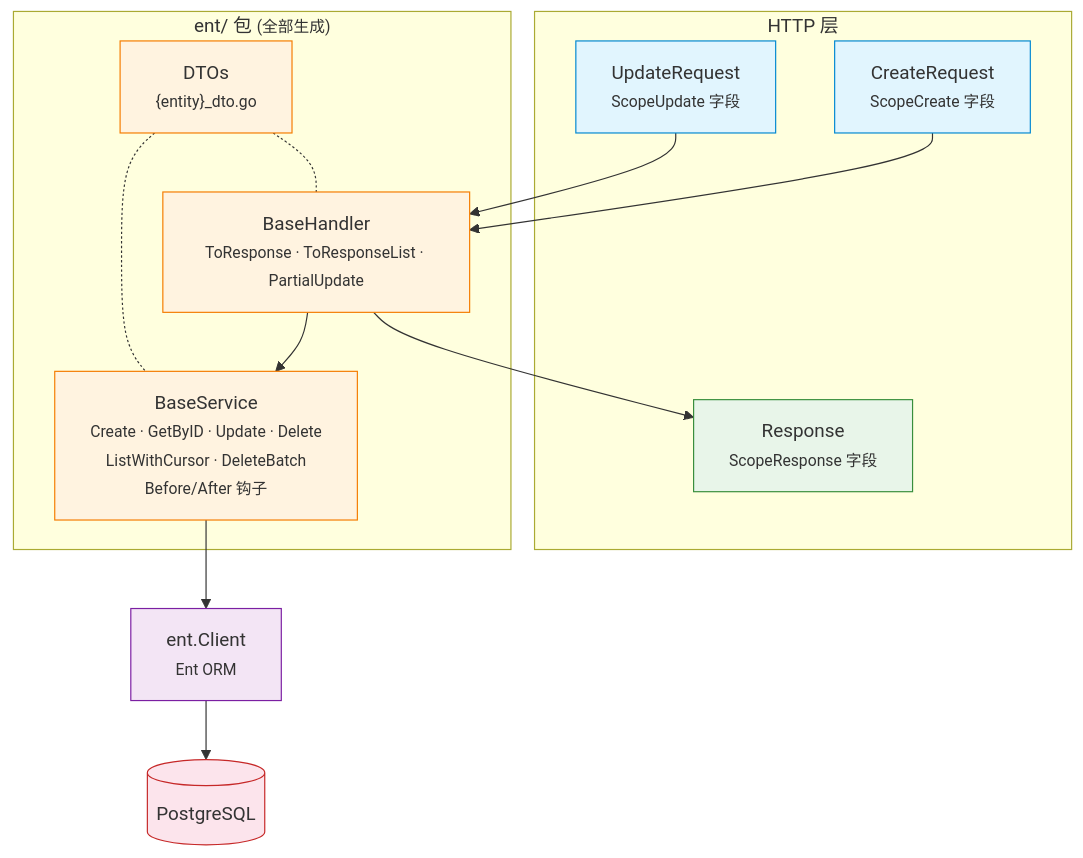
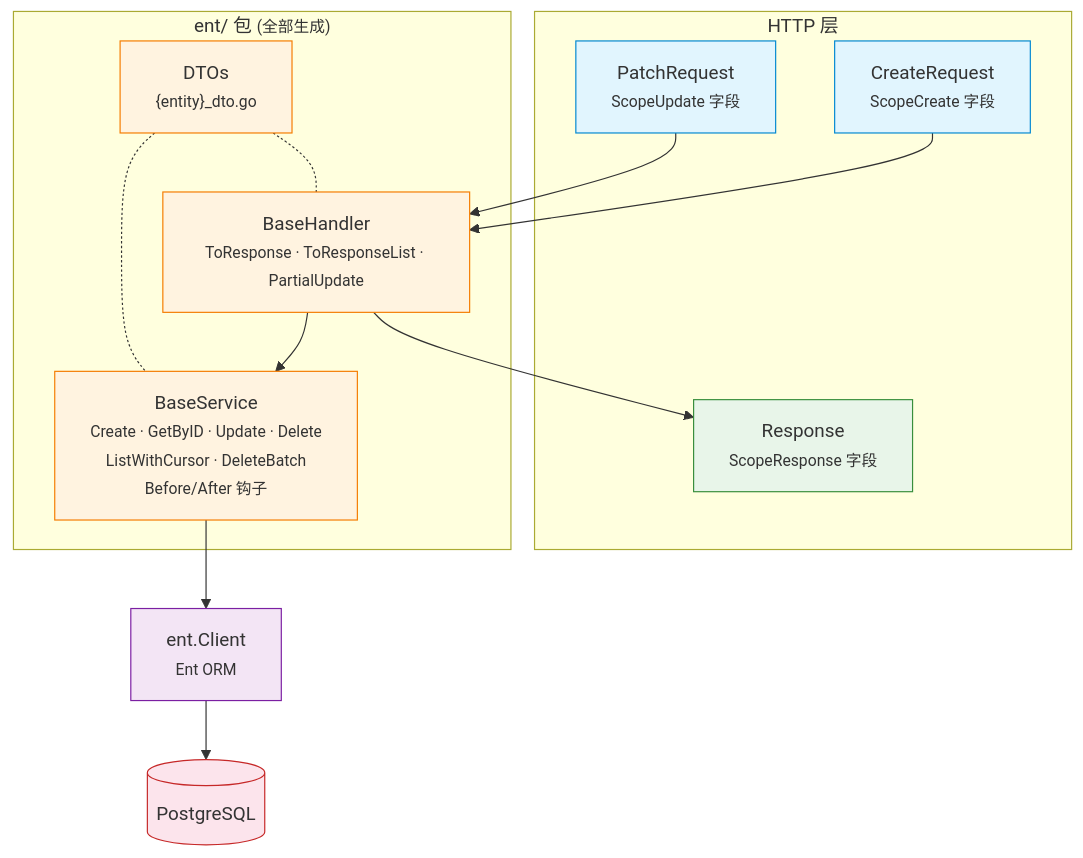
The diagram in README_zh.md (githonllc/entapi), drawn with Mermaid before and after one commit. The commit also changed other lines of this file and 49 other files, not shown here.

````diff
--- a/README_zh.md
+++ b/README_zh.md
@@ -383,35 +384,35 @@
 ```mermaid
 graph TD
     subgraph "HTTP 层"
         CR["CreateRequest<br/><small>ScopeCreate 字段</small>"]
-        UR["UpdateRequest<br/><small>ScopeUpdate 字段</small>"]
+        UR["PatchRequest<br/><small>ScopeUpdate 字段</small>"]
         RS["Response<br/><small>ScopeResponse 字段</small>"]
     end
 
     subgraph "ent/ 包 <small>(全部生成)</small>"
         BH["BaseHandler<br/><small>ToResponse · ToResponseList · PartialUpdate</small>"]
         BS["BaseService<br/><small>Create · GetByID · Update · Delete<br/>ListWithCursor · DeleteBatch<br/>Before/After 钩子</small>"]
         DTO["DTOs<br/><small>{entity}_dto.go</small>"]
     end
 
     EC["ent.Client<br/><small>Ent ORM</small>"]
     DB[("PostgreSQL")]
 
     CR --> BH
     UR --> BH
     BH --> RS
     BH --> BS
     BS --> EC
     EC --> DB
     DTO -.- BH
     DTO -.- BS
 
     style CR fill:#e1f5fe,stroke:#0288d1
     style UR fill:#e1f5fe,stroke:#0288d1
     style RS fill:#e8f5e9,stroke:#388e3c
     style BH fill:#fff3e0,stroke:#f57c00
     style BS fill:#fff3e0,stroke:#f57c00
     style DTO fill:#fff3e0,stroke:#f57c00
     style EC fill:#f3e5f5,stroke:#7b1fa2
     style DB fill:#fce4ec,stroke:#c62828
 ```
````
